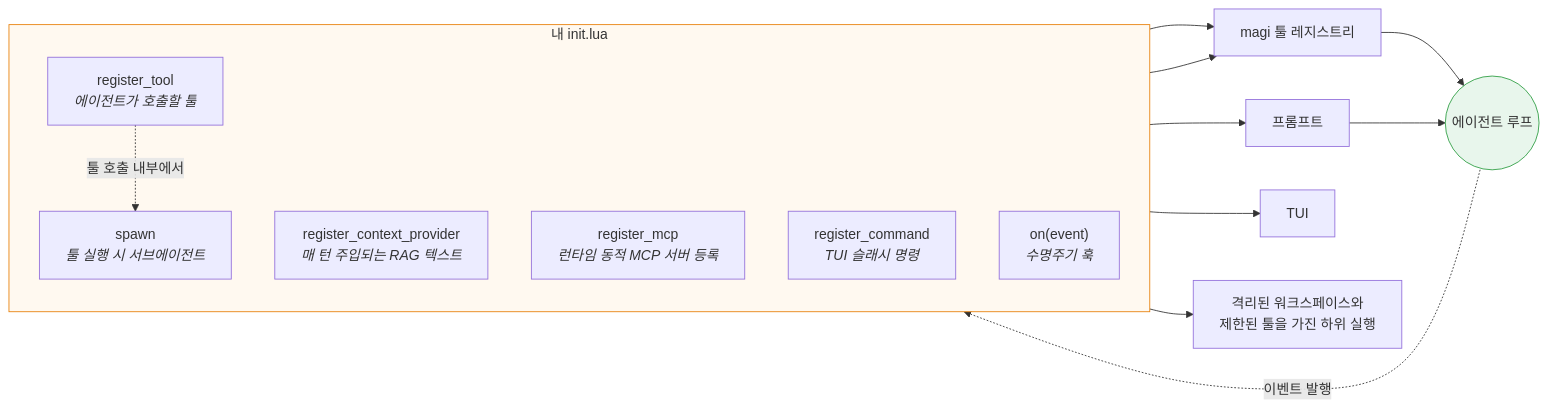
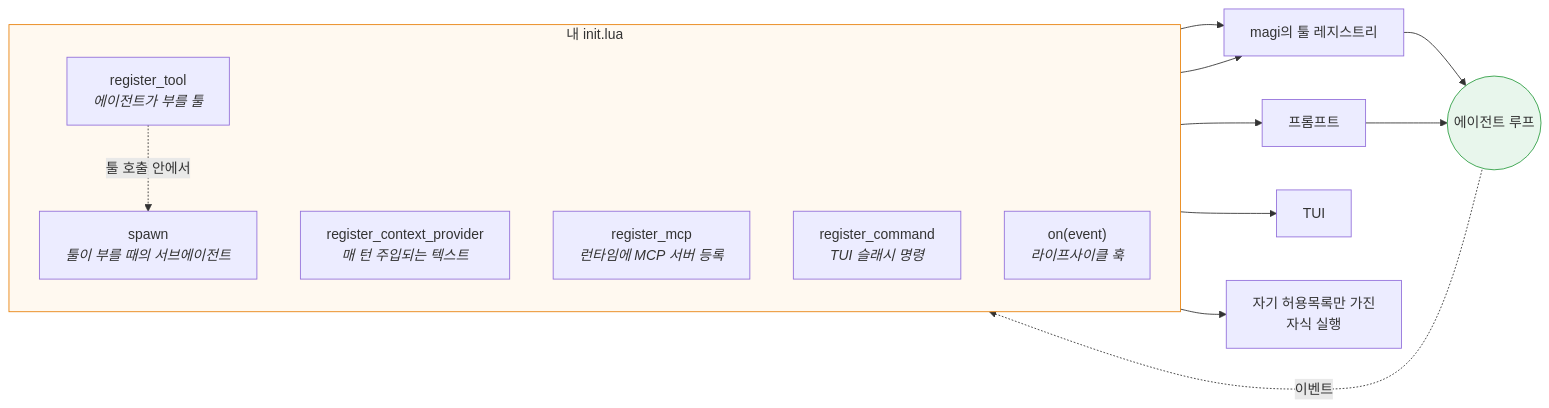
Before and after one commit to sayaya1090/magi: the fourth of 6 diagrams in docs/EXTENDING.ko.md, drawn with Mermaid. The commit also changed other lines of this file and 4 other files, not shown here.

````diff
--- a/docs/EXTENDING.ko.md
+++ b/docs/EXTENDING.ko.md
@@ -289,21 +357,21 @@
 ```mermaid
 flowchart LR
     subgraph plug [내 init.lua]
         direction TB
-        T["register_tool<br/><i>에이전트가 호출할 툴</i>"]
-        C["register_context_provider<br/><i>매 턴 주입되는 RAG 텍스트</i>"]
-        M["register_mcp<br/><i>런타임 동적 MCP 서버 등록</i>"]
+        T["register_tool<br/><i>에이전트가 부를 툴</i>"]
+        C["register_context_provider<br/><i>매 턴 주입되는 텍스트</i>"]
+        M["register_mcp<br/><i>런타임에 MCP 서버 등록</i>"]
         S["register_command<br/><i>TUI 슬래시 명령</i>"]
-        H["on(event)<br/><i>수명주기 훅</i>"]
-        SP["spawn<br/><i>툴 실행 시 서브에이전트</i>"]
+        H["on(event)<br/><i>라이프사이클 훅</i>"]
+        SP["spawn<br/><i>툴이 부를 때의 서브에이전트</i>"]
     end
-    T --> REG[magi 툴 레지스트리] --> AG((에이전트 루프))
+    T --> REG[magi의 툴 레지스트리] --> AG((에이전트 루프))
     M --> REG
     C --> PR[프롬프트] --> AG
     S --> UI[TUI]
-    AG -.->|이벤트 발행| H
-    T -.->|툴 호출 내부에서| SP --> CH[격리된 워크스페이스와<br/>제한된 툴을 가진 하위 실행]
+    AG -.->|이벤트| H
+    T -.->|툴 호출 안에서| SP --> CH[자기 허용목록만 가진<br/>자식 실행]
 
     style AG fill:#e8f6ec,stroke:#2f9e44
     style plug fill:#fff9f0,stroke:#e8820c
 ```
````
